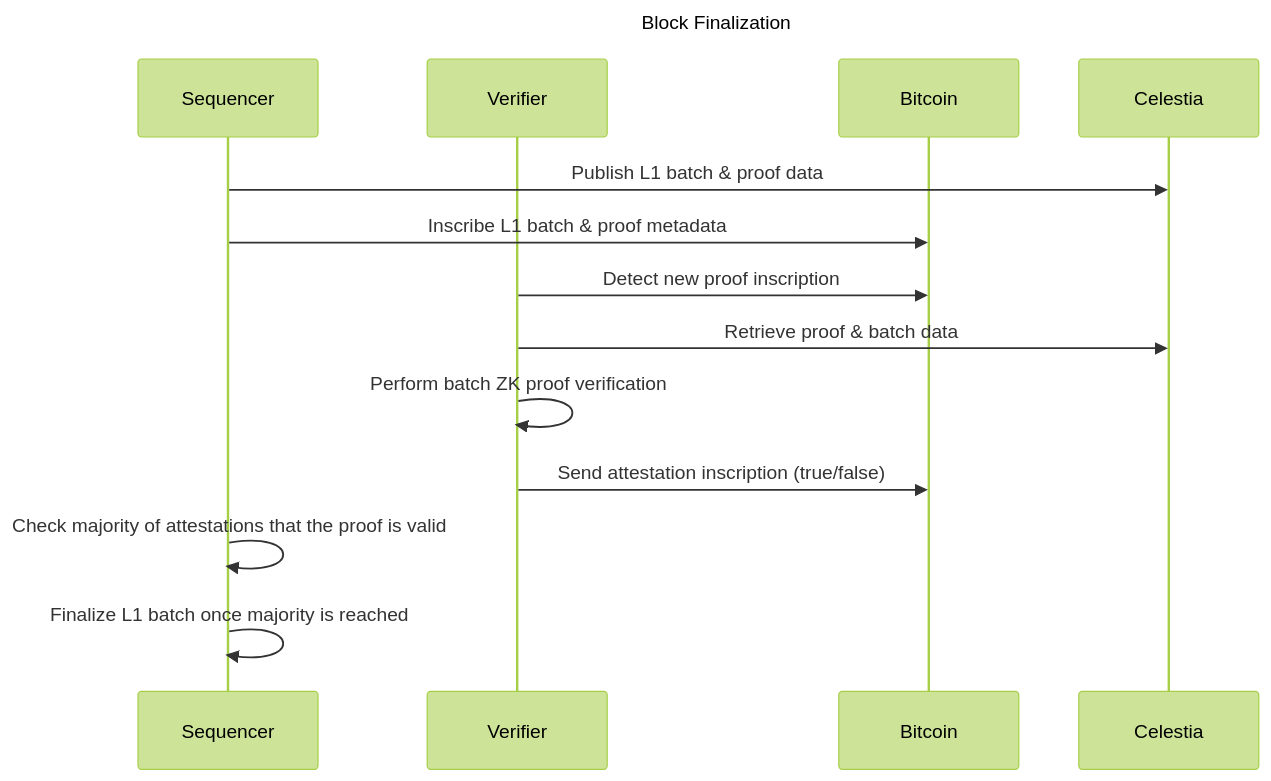
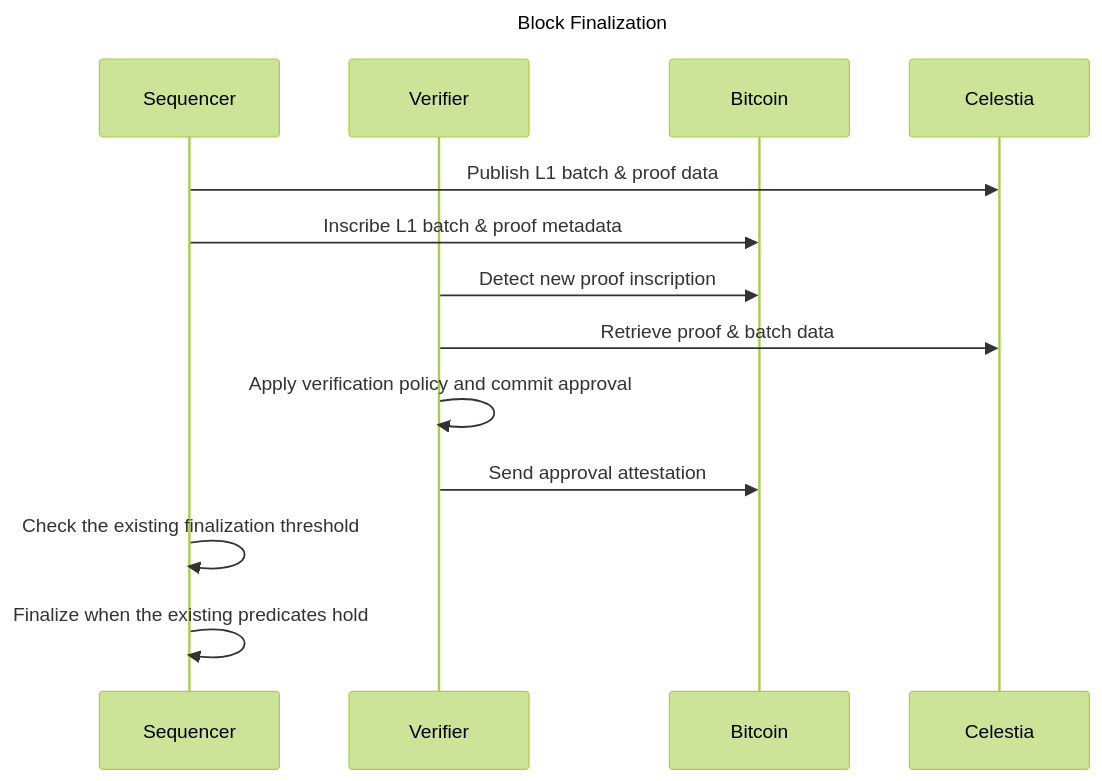
Before and after one commit to vianetwork/via-core: the second of 2 diagrams in via_verifier/README.md, drawn with Mermaid (forest theme). The commit also changed other lines of this file and 35 other files, not shown here.

Commit message:
fix(via-verifier): reconcile proof verdict lifecycle and stack prerequisites

````diff
--- a/via_verifier/README.md
+++ b/via_verifier/README.md
@@ -45,19 +45,19 @@
 ```mermaid
 ---
 title: Block Finalization
 ---
 sequenceDiagram
   participant Sequencer
   participant Verifier
   participant Bitcoin
   participant Celestia
 
   Sequencer->>Celestia: Publish L1 batch & proof data
   Sequencer->>Bitcoin: Inscribe L1 batch & proof metadata
   Verifier->>Bitcoin: Detect new proof inscription
   Verifier->>Celestia: Retrieve proof & batch data
-  Verifier->>Verifier: Perform batch ZK proof verification
-  Verifier->>Bitcoin: Send attestation inscription (true/false)
-  Sequencer->>Sequencer: Check majority of attestations that the proof is valid
-  Sequencer->>Sequencer: Finalize L1 batch once majority is reached
+  Verifier->>Verifier: Apply verification policy and commit approval
+  Verifier->>Bitcoin: Send approval attestation
+  Sequencer->>Sequencer: Check the existing finalization threshold
+  Sequencer->>Sequencer: Finalize when the existing predicates hold
 ```
````
